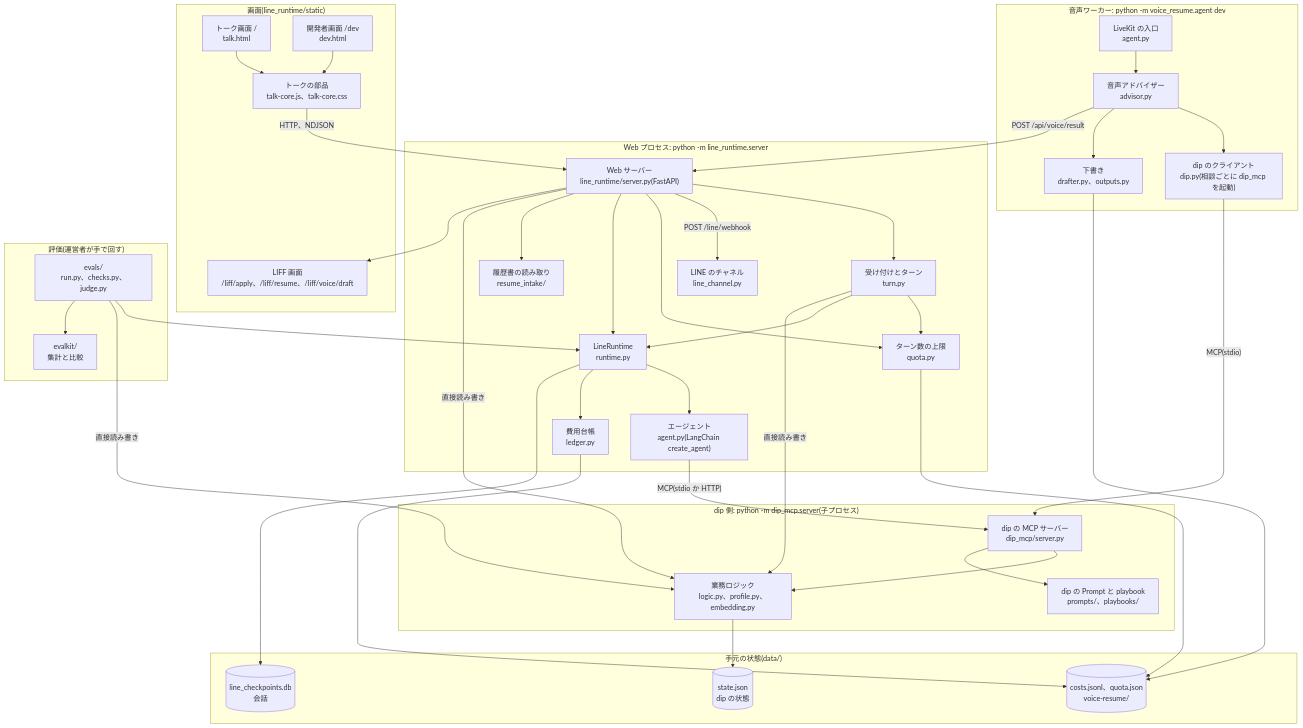
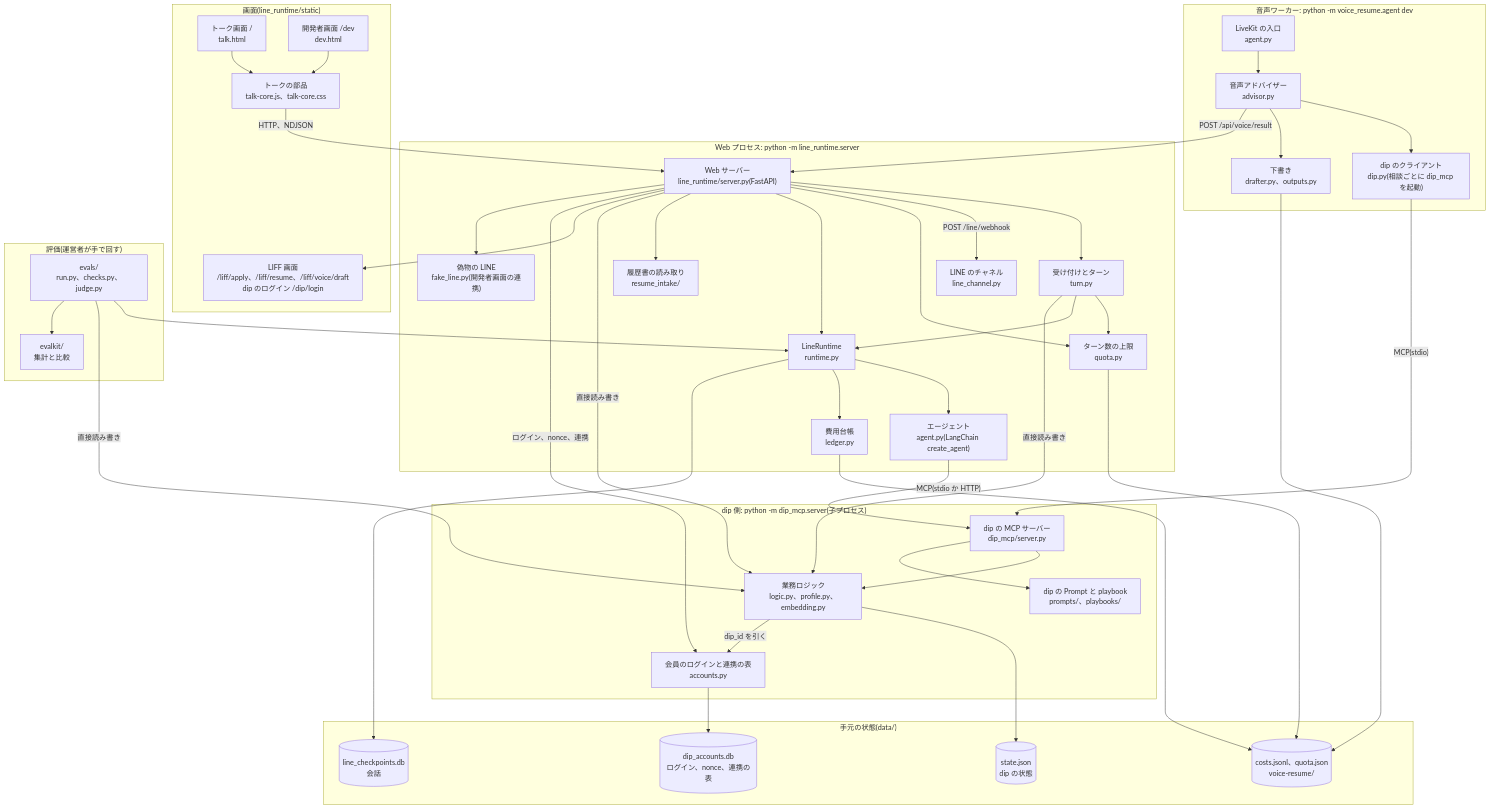
Before and after one commit to jyoka/aica: the second of 11 diagrams in docs/architecture/hld.md, drawn with Mermaid. The commit also changed other lines of this file and 19 other files, not shown here.

Commit message:
task 182: aica 認証: LINE のアカウント連携で LINE の UID と dip の会員 ID を結ぶ

```diff
--- a/docs/architecture/hld.md
+++ b/docs/architecture/hld.md
@@ -150,12 +151,13 @@
         talk["トーク画面 /<br/>talk.html"]
         devp["開発者画面 /dev<br/>dev.html"]
         core["トークの部品<br/>talk-core.js、talk-core.css"]
-        liff["LIFF 画面<br/>/liff/apply、/liff/resume、/liff/voice/draft"]
+        liff["LIFF 画面<br/>/liff/apply、/liff/resume、/liff/voice/draft<br/>dip のログイン /dip/login"]
     end
 
     subgraph web["Web プロセス: python -m line_runtime.server"]
         server["Web サーバー<br/>line_runtime/server.py(FastAPI)"]
         linech["LINE のチャネル<br/>line_channel.py"]
+        fakeline["偽物の LINE<br/>fake_line.py(開発者画面の連携)"]
         turn["受け付けとターン<br/>turn.py"]
         quota["ターン数の上限<br/>quota.py"]
         rt["LineRuntime<br/>runtime.py"]
@@ -167,6 +169,7 @@
     subgraph dip["dip 側: python -m dip_mcp.server(子プロセス)"]
         mcp["dip の MCP サーバー<br/>dip_mcp/server.py"]
         logic["業務ロジック<br/>logic.py、profile.py、embedding.py"]
+        accts["会員のログインと連携の表<br/>accounts.py"]
         content["dip の Prompt と playbook<br/>prompts/、playbooks/"]
     end
 
@@ -184,6 +187,7 @@
 
     subgraph store["手元の状態(data/)"]
         state[("state.json<br/>dip の状態")]
+        links[("dip_accounts.db<br/>ログイン、nonce、連携の表")]
         ckpt[("line_checkpoints.db<br/>会話")]
         files[("costs.jsonl、quota.json<br/>voice-resume/")]
     end
@@ -207,6 +211,10 @@
     mcp --> logic
     mcp --> content
     logic --> state
+    logic -- "dip_id を引く" --> accts
+    server -- "ログイン、nonce、連携" --> accts
+    server --> fakeline
+    accts --> links
     rt --> ckpt
     ledger --> files
     quota --> files
```
